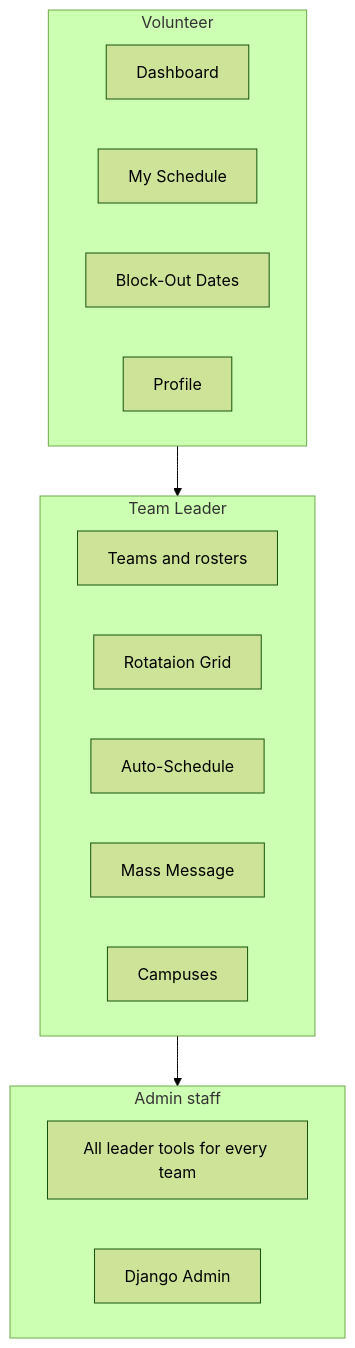
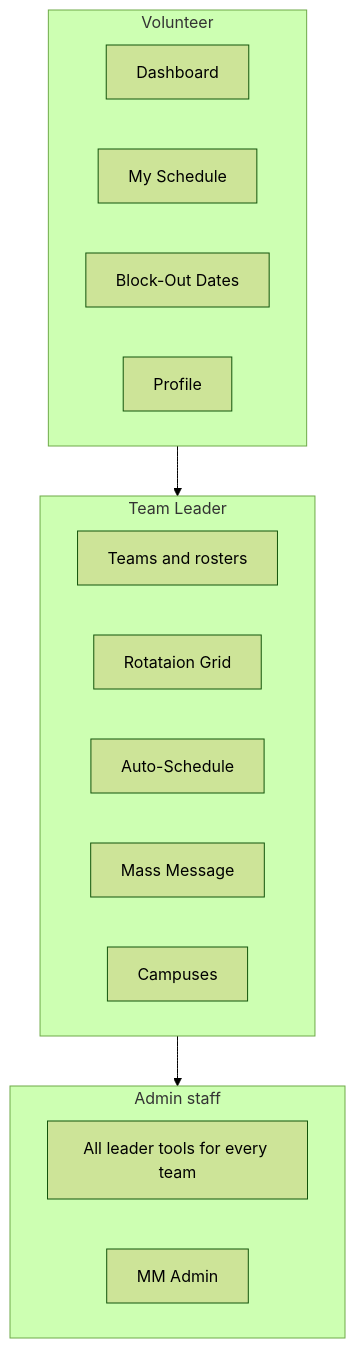
One commit to ThingsAbove/ministry-manager changed the diagram in docs/OPERATIONS_GUIDE.md. Above: the diagram before and after it, drawn with Mermaid (forest theme). The commit also changed other lines of this file and 8 other files, not shown here.

````diff
--- a/docs/OPERATIONS_GUIDE.md
+++ b/docs/OPERATIONS_GUIDE.md
@@ -24,25 +24,25 @@
 ```mermaid
 flowchart TB
     subgraph volunteer [Volunteer]
         V1[Dashboard]
         V2[My Schedule]
         V3[Block-Out Dates]
         V4[Profile]
     end
 
     subgraph leader [Team Leader]
         L1[Teams and rosters]
         L2[Rotataion Grid]
         L3[Auto-Schedule]
         L4[Mass Message]
         L5[Campuses]
     end
 
     subgraph admin [Admin staff]
         A1[All leader tools for every team]
-        A2[Django Admin]
+        A2[MM Admin]
     end
 
     volunteer --> leader
     leader --> admin
 ```
````
